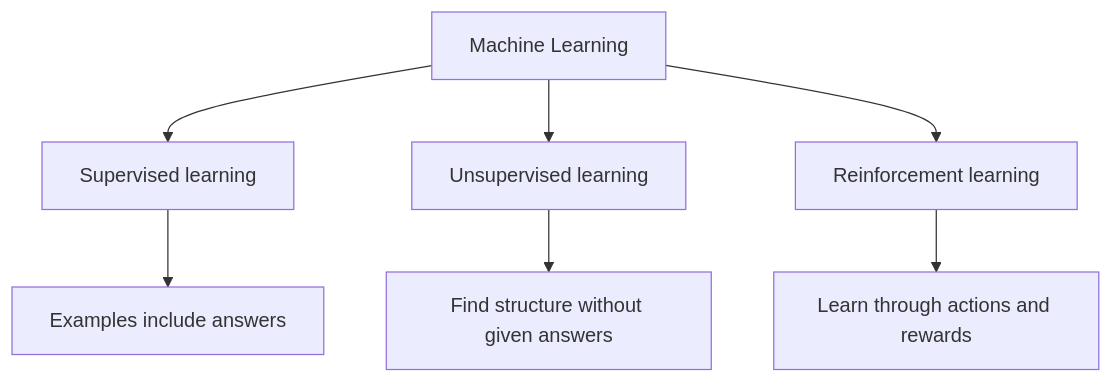
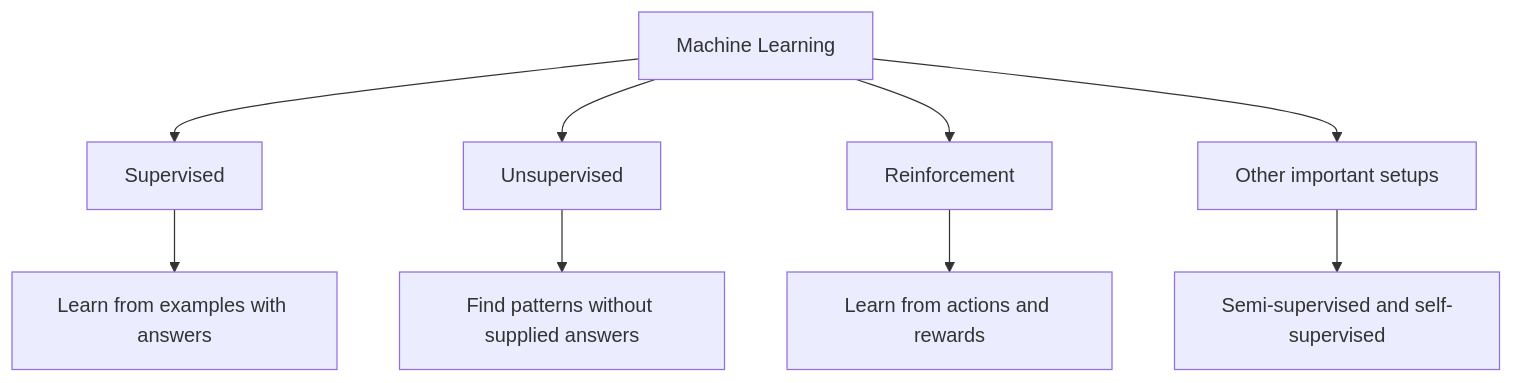
The first of 2 diagrams in ML notes doc/01-foundations/04-types-of-machine-learning.md (ADxSD-143/STUDY-docs), drawn with Mermaid before and after one commit. The commit also changed other lines of this file, not shown here.

Commit message:
Expand ML types lesson with major algorithms and examples

````diff
--- a/ML notes doc/01-foundations/04-types-of-machine-learning.md
+++ b/ML notes doc/01-foundations/04-types-of-machine-learning.md
@@ -9,9 +11,11 @@
 ```mermaid
 flowchart TD
-    A[Machine Learning] --> B[Supervised learning]
-    A --> C[Unsupervised learning]
-    A --> D[Reinforcement learning]
-    B --> E[Examples include answers]
-    C --> F[Find structure without given answers]
-    D --> G[Learn through actions and rewards]
+    A[Machine Learning] --> B[Supervised]
+    A --> C[Unsupervised]
+    A --> D[Reinforcement]
+    A --> E[Other important setups]
+    B --> F[Learn from examples with answers]
+    C --> G[Find patterns without supplied answers]
+    D --> H[Learn from actions and rewards]
+    E --> I[Semi-supervised and self-supervised]
 ```
````
